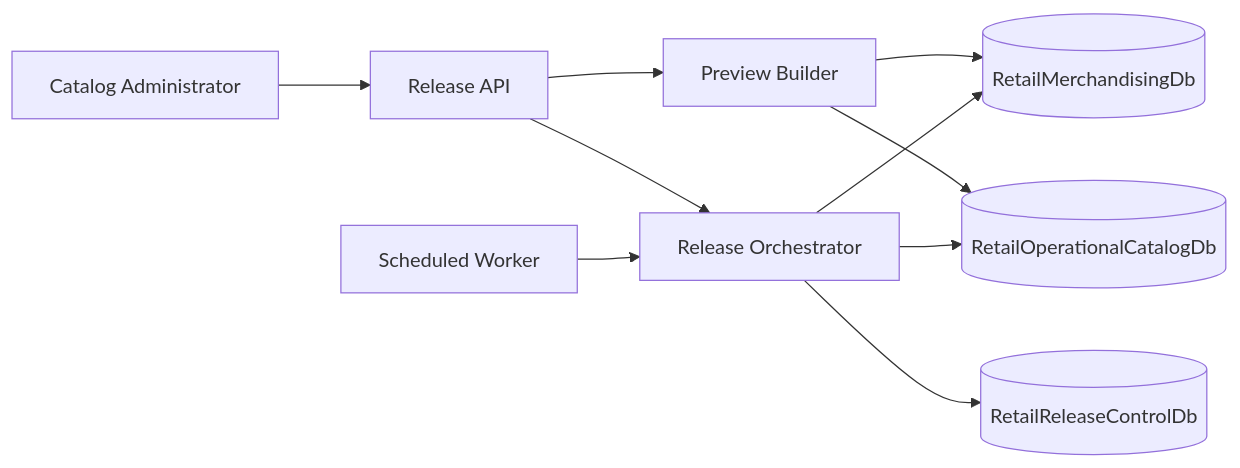
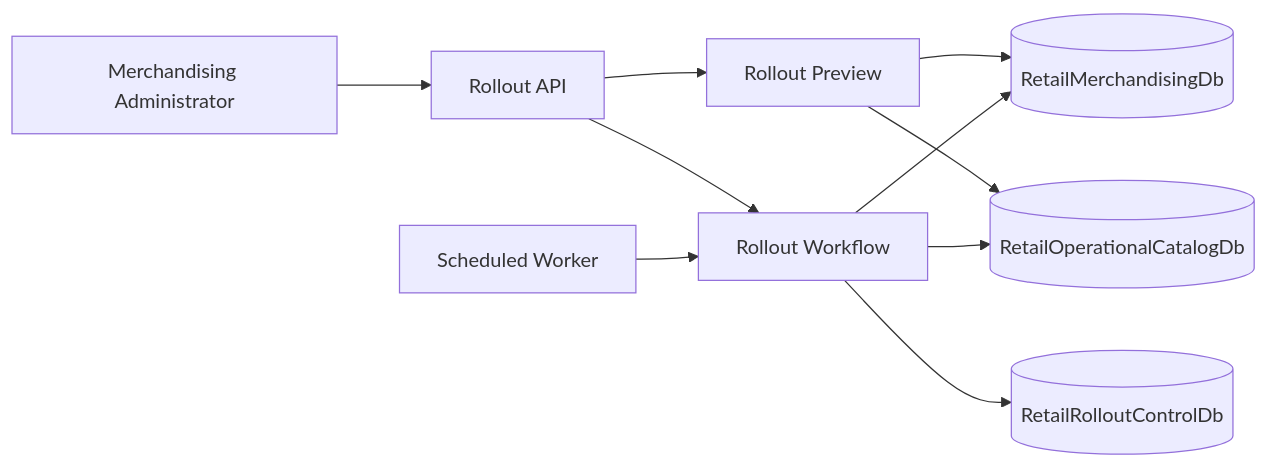
Before and after one commit to zanworkingremotely/retail-catalog-release-pipeline: the diagram in docs/architecture.md, drawn with Mermaid. The commit also changed other lines of this file and 49 other files, not shown here.

````diff
--- a/docs/architecture.md
+++ b/docs/architecture.md
@@ -17,21 +17,21 @@
 ```mermaid
 flowchart LR
-    Admin["Catalog Administrator"]
-    Api["Release API"]
-    App["Release Orchestrator"]
-    Preview["Preview Builder"]
+    Admin["Merchandising Administrator"]
+    Api["Rollout API"]
+    App["Rollout Workflow"]
+    Preview["Rollout Preview"]
     Worker["Scheduled Worker"]
     MerchDb[("RetailMerchandisingDb")]
     OpsDb[("RetailOperationalCatalogDb")]
-    ControlDb[("RetailReleaseControlDb")]
+    ControlDb[("RetailRolloutControlDb")]
 
     Admin --> Api
     Api --> Preview
     Api --> App
     Worker --> App
     Preview --> MerchDb
     Preview --> OpsDb
     App --> ControlDb
     App --> MerchDb
     App --> OpsDb
 ```
````
